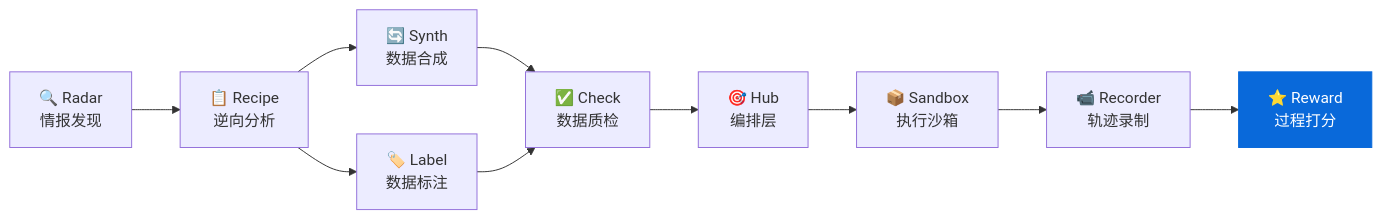
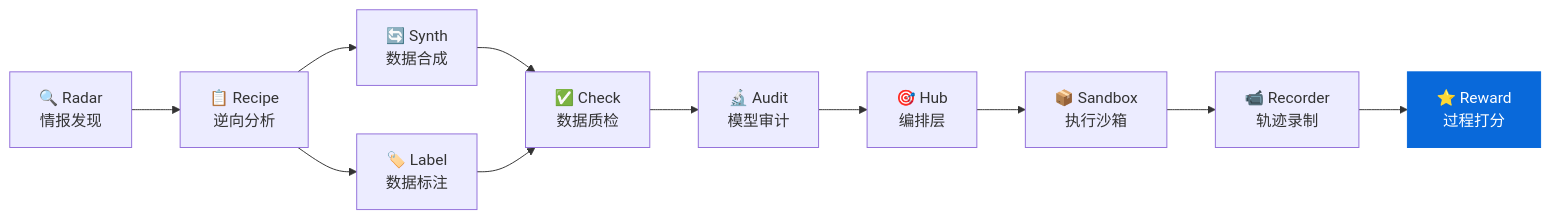
One commit to liuxiaotong/agent-reward changed the second of 2 diagrams in README.md. Above: the diagram before and after it, drawn with Mermaid. The commit also changed other lines of this file, not shown here.

Commit message:
生态表格加入 ModelAudit (9→10)

````diff
--- a/README.md
+++ b/README.md
@@ -306,13 +306,14 @@
 ```mermaid
 graph LR
     Radar["🔍 Radar<br/>情报发现"] --> Recipe["📋 Recipe<br/>逆向分析"]
     Recipe --> Synth["🔄 Synth<br/>数据合成"]
     Recipe --> Label["🏷️ Label<br/>数据标注"]
     Synth --> Check["✅ Check<br/>数据质检"]
     Label --> Check
-    Check --> Hub["🎯 Hub<br/>编排层"]
+    Check --> Audit["🔬 Audit<br/>模型审计"]
+    Audit --> Hub["🎯 Hub<br/>编排层"]
     Hub --> Sandbox["📦 Sandbox<br/>执行沙箱"]
     Sandbox --> Recorder["📹 Recorder<br/>轨迹录制"]
     Recorder --> Reward["⭐ Reward<br/>过程打分"]
     style Reward fill:#0969da,color:#fff,stroke:#0969da
 ```
````
